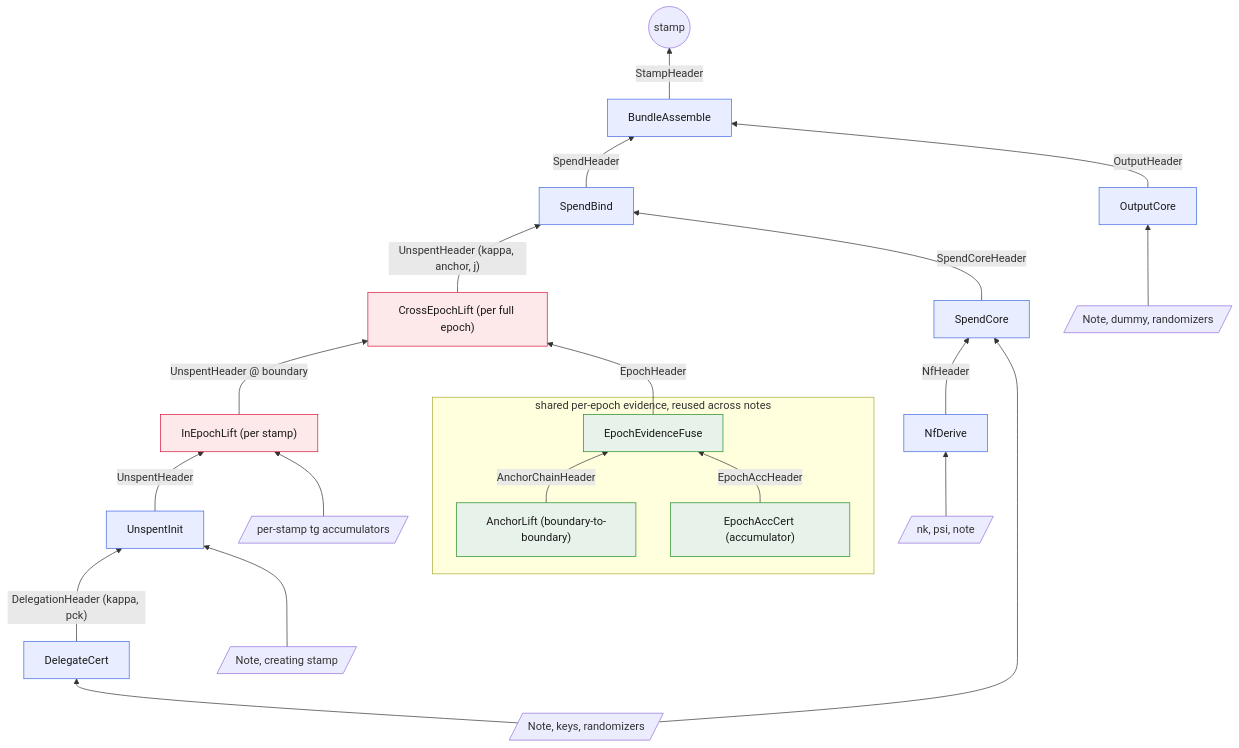
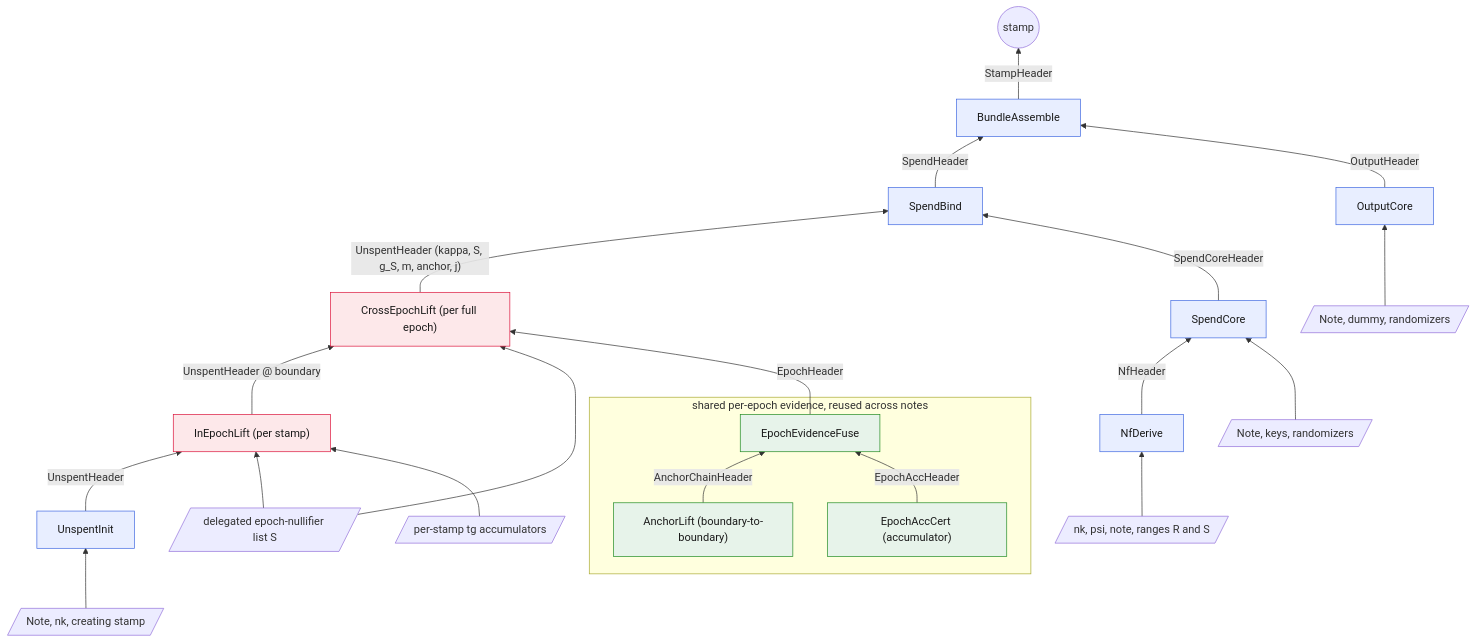
Before and after one commit to alxiong/tachyon: the first of 2 diagrams in book/src/revisit.md, drawn with Mermaid. The commit also changed other lines of this file, not shown here.

````diff
--- a/book/src/revisit.md
+++ b/book/src/revisit.md
@@ -1583,51 +1562,51 @@
 ```mermaid
 flowchart BT
   classDef u fill:#e8eeff,stroke:#4169E1,color:#1a1a1a;
   classDef o fill:#fde8ea,stroke:#DC143C,color:#1a1a1a;
   classDef s fill:#e7f3ea,stroke:#228B22,color:#1a1a1a;
 
   subgraph shared [shared per-epoch evidence, reused across notes]
     alift["AnchorLift (boundary-to-boundary)"]:::s
     eacc["EpochAccCert (accumulator)"]:::s
     efuse[EpochEvidenceFuse]:::s
     alift -->|AnchorChainHeader| efuse
     eacc -->|EpochAccHeader| efuse
   end
 
-  w_nk[/nk, psi, note/]
+  w_nk[/nk, psi, note, ranges R and S/]
   w_note[/Note, keys, randomizers/]
-  w_init[/Note, creating stamp/]
+  w_init[/Note, nk, creating stamp/]
+  w_delegated[/delegated epoch-nullifier list S/]
   w_stamps[/per-stamp tg accumulators/]
   w_out[/Note, dummy, randomizers/]
 
   nfderive[NfDerive]:::u
   score[SpendCore]:::u
-  dcert[DelegateCert]:::u
   uinit[UnspentInit]:::u
   inlift["InEpochLift (per stamp)"]:::o
   ulift["CrossEpochLift (per full epoch)"]:::o
   sbind[SpendBind]:::u
   ocore[OutputCore]:::u
   bmerge[BundleAssemble]:::u
   stamp((stamp))
 
   w_nk --> nfderive
   nfderive -->|NfHeader| score
   w_note --> score
 
-  w_note --> dcert
-  dcert -->|"DelegationHeader (kappa, pck)"| uinit
   w_init --> uinit
 
   uinit -->|UnspentHeader| inlift
+  w_delegated --> inlift
   w_stamps --> inlift
   inlift -->|"UnspentHeader @ boundary"| ulift
+  w_delegated --> ulift
   efuse -->|EpochHeader| ulift
-  ulift -->|"UnspentHeader (kappa, anchor, j)"| sbind
+  ulift -->|"UnspentHeader (kappa, S, g_S, m, anchor, j)"| sbind
   score -->|SpendCoreHeader| sbind
 
   sbind -->|SpendHeader| bmerge
   w_out --> ocore
   ocore -->|OutputHeader| bmerge
   bmerge -->|StampHeader| stamp
 ```
````
